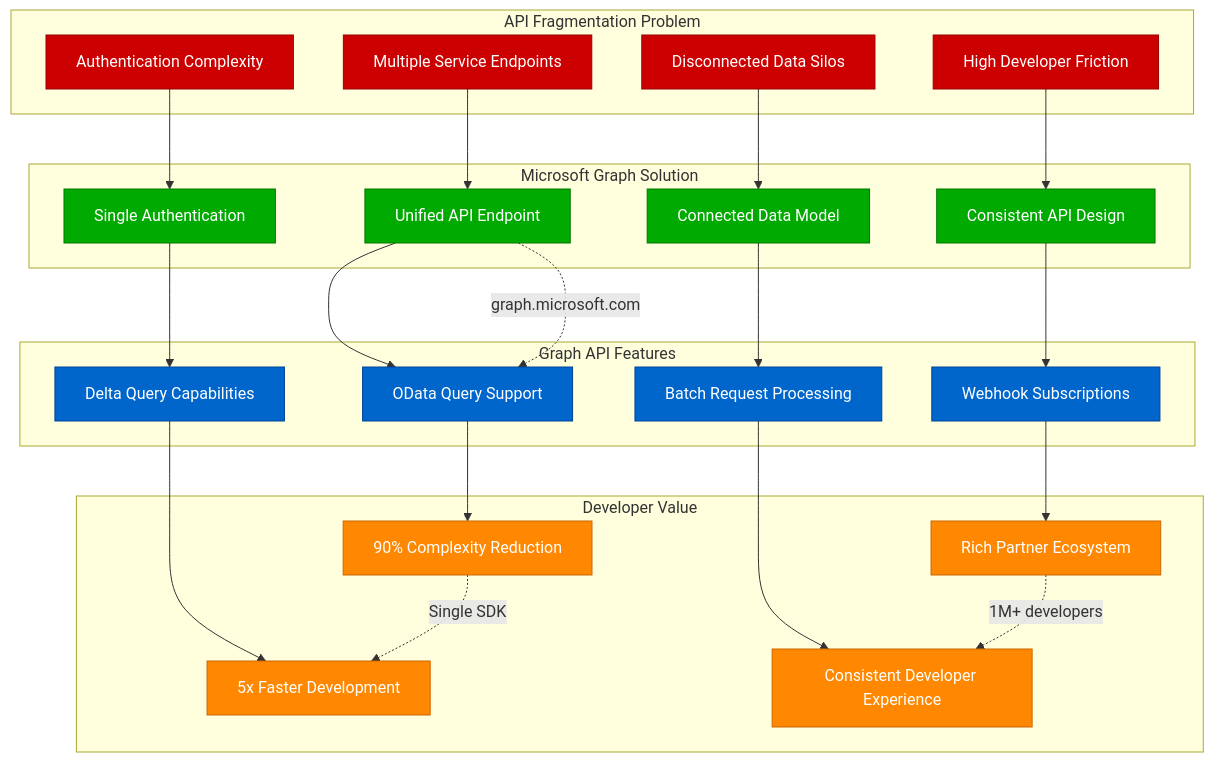
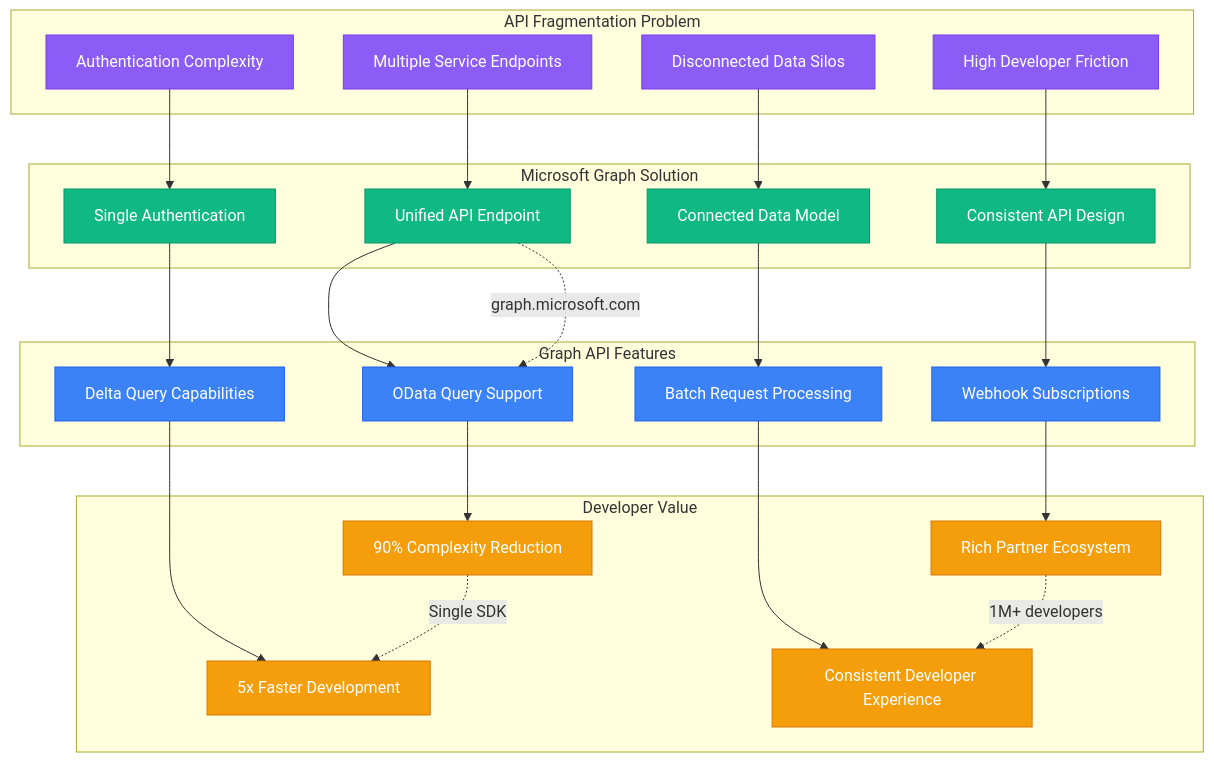
One commit to deepaucksharma/DS changed the seventh of 10 diagrams in site/docs/systems/microsoft/novel-solutions.md. Above: the diagram before and after it, drawn with Mermaid. The commit also changed other lines of this file and 303 other files, not shown here.

````diff
--- a/site/docs/systems/microsoft/novel-solutions.md
+++ b/site/docs/systems/microsoft/novel-solutions.md
@@ -419,63 +419,63 @@
 ```mermaid
 graph TB
     subgraph APIFragmentation[API Fragmentation Problem]
         MULTIPLE_ENDPOINTS[Multiple Service Endpoints]
         AUTH_COMPLEXITY[Authentication Complexity]
         DATA_SILOS[Disconnected Data Silos]
         DEVELOPER_FRICTION[High Developer Friction]
     end
 
     subgraph GraphSolution[Microsoft Graph Solution]
         UNIFIED_ENDPOINT[Unified API Endpoint]
         SINGLE_AUTH[Single Authentication]
         CONNECTED_DATA[Connected Data Model]
         CONSISTENT_API[Consistent API Design]
     end
 
     subgraph GraphFeatures[Graph API Features]
         ODATA_QUERIES[OData Query Support]
         DELTA_QUERIES[Delta Query Capabilities]
         BATCH_REQUESTS[Batch Request Processing]
         WEBHOOK_SUBSCRIPTIONS[Webhook Subscriptions]
     end
 
     subgraph DeveloperValue[Developer Value]
         REDUCED_COMPLEXITY[90% Complexity Reduction]
         FASTER_DEVELOPMENT[5x Faster Development]
         UNIFIED_EXPERIENCE[Consistent Developer Experience]
         ECOSYSTEM_GROWTH[Rich Partner Ecosystem]
     end
 
     %% Problem to solution
     MULTIPLE_ENDPOINTS --> UNIFIED_ENDPOINT
     AUTH_COMPLEXITY --> SINGLE_AUTH
     DATA_SILOS --> CONNECTED_DATA
     DEVELOPER_FRICTION --> CONSISTENT_API
 
     %% Solution to features
     UNIFIED_ENDPOINT --> ODATA_QUERIES
     SINGLE_AUTH --> DELTA_QUERIES
     CONNECTED_DATA --> BATCH_REQUESTS
     CONSISTENT_API --> WEBHOOK_SUBSCRIPTIONS
 
     %% Features to value
     ODATA_QUERIES --> REDUCED_COMPLEXITY
     DELTA_QUERIES --> FASTER_DEVELOPMENT
     BATCH_REQUESTS --> UNIFIED_EXPERIENCE
     WEBHOOK_SUBSCRIPTIONS --> ECOSYSTEM_GROWTH
 
     %% API metrics
     UNIFIED_ENDPOINT -.->|"graph.microsoft.com"| ODATA_QUERIES
     REDUCED_COMPLEXITY -.->|"Single SDK"| FASTER_DEVELOPMENT
     ECOSYSTEM_GROWTH -.->|"1M+ developers"| UNIFIED_EXPERIENCE
 
-    classDef problemStyle fill:#CC0000,stroke:#990000,color:#fff
-    classDef solutionStyle fill:#00AA00,stroke:#007700,color:#fff
-    classDef featureStyle fill:#0066CC,stroke:#004499,color:#fff
-    classDef valueStyle fill:#FF8800,stroke:#CC6600,color:#fff
+    classDef problemStyle fill:#8B5CF6,stroke:#7C3AED,color:#fff
+    classDef solutionStyle fill:#10B981,stroke:#059669,color:#fff
+    classDef featureStyle fill:#3B82F6,stroke:#2563EB,color:#fff
+    classDef valueStyle fill:#F59E0B,stroke:#D97706,color:#fff
 
     class MULTIPLE_ENDPOINTS,AUTH_COMPLEXITY,DATA_SILOS,DEVELOPER_FRICTION problemStyle
     class UNIFIED_ENDPOINT,SINGLE_AUTH,CONNECTED_DATA,CONSISTENT_API solutionStyle
     class ODATA_QUERIES,DELTA_QUERIES,BATCH_REQUESTS,WEBHOOK_SUBSCRIPTIONS featureStyle
     class REDUCED_COMPLEXITY,FASTER_DEVELOPMENT,UNIFIED_EXPERIENCE,ECOSYSTEM_GROWTH valueStyle
 ```
````
